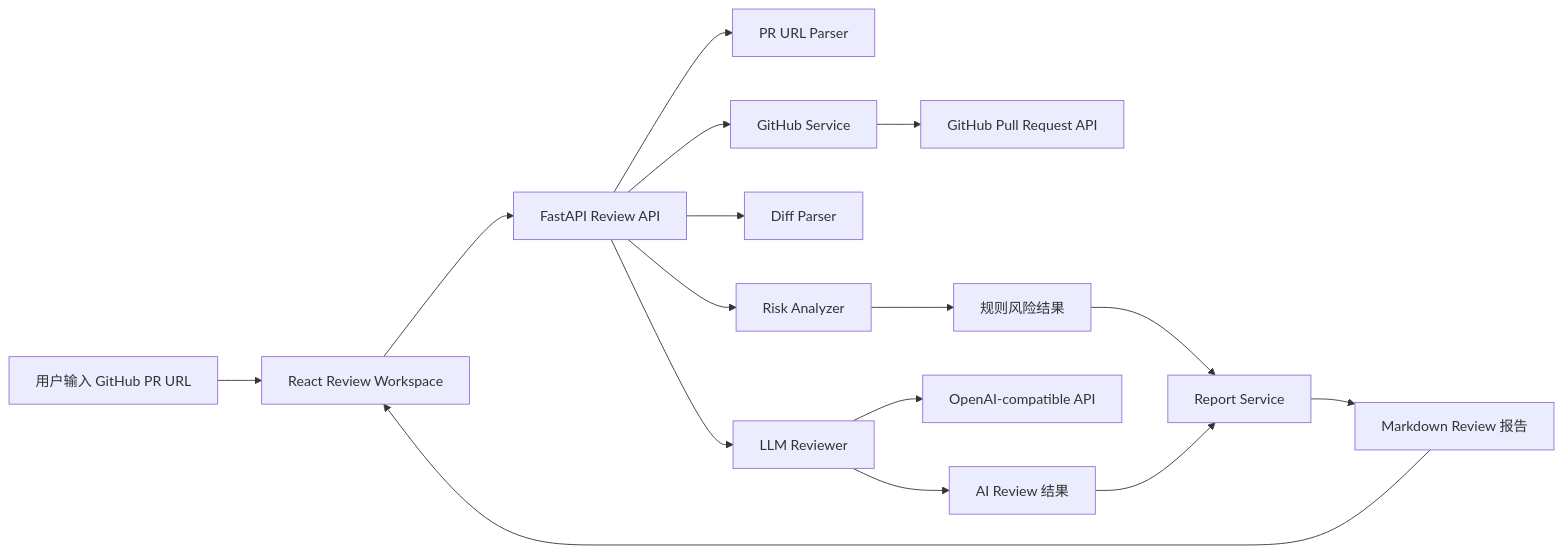
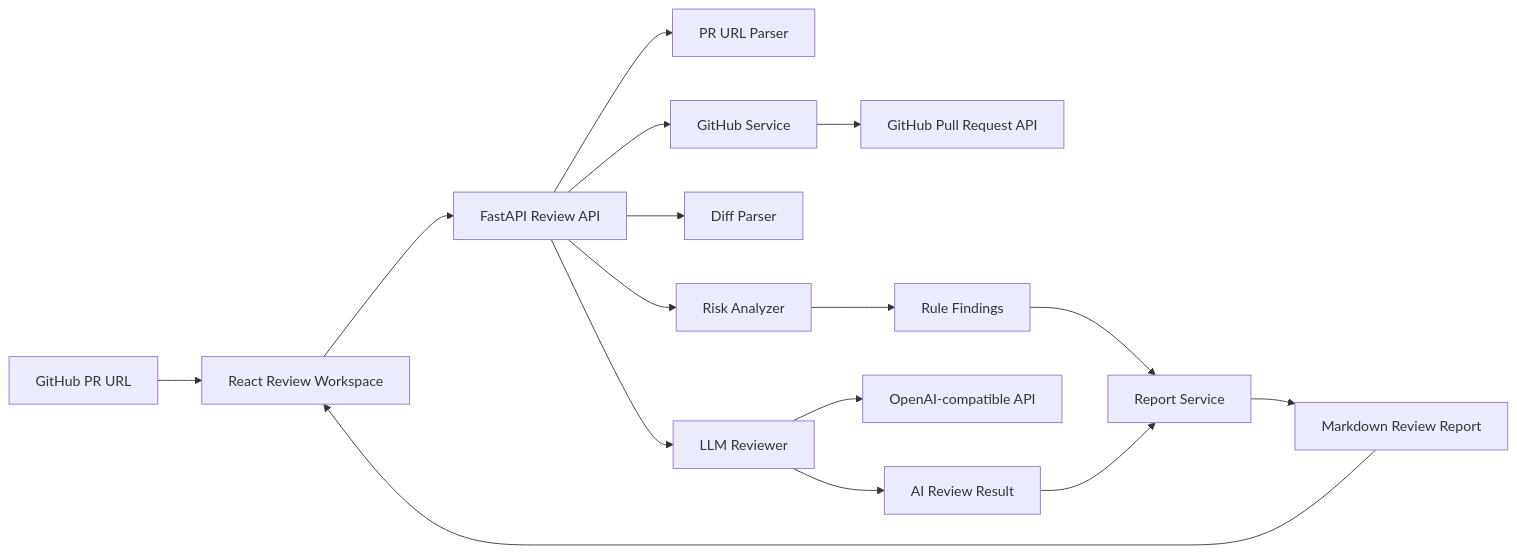
Before and after one commit to yftx293/qiniu-xengineer-ai-pr-review: the diagram in README.md, drawn with Mermaid. The commit also changed other lines of this file, not shown here.

````diff
--- a/README.md
+++ b/README.md
@@ -79,18 +121,18 @@
 ```mermaid
 flowchart LR
-    A[用户输入 GitHub PR URL] --> B[React Review Workspace]
+    A[GitHub PR URL] --> B[React Review Workspace]
     B --> C[FastAPI Review API]
     C --> D[PR URL Parser]
     C --> E[GitHub Service]
     E --> F[GitHub Pull Request API]
     C --> G[Diff Parser]
     C --> H[Risk Analyzer]
     C --> I[LLM Reviewer]
     I --> J[OpenAI-compatible API]
-    H --> K[规则风险结果]
-    I --> L[AI Review 结果]
+    H --> K[Rule Findings]
+    I --> L[AI Review Result]
     K --> M[Report Service]
     L --> M
-    M --> N[Markdown Review 报告]
+    M --> N[Markdown Review Report]
     N --> B
 ```
````
